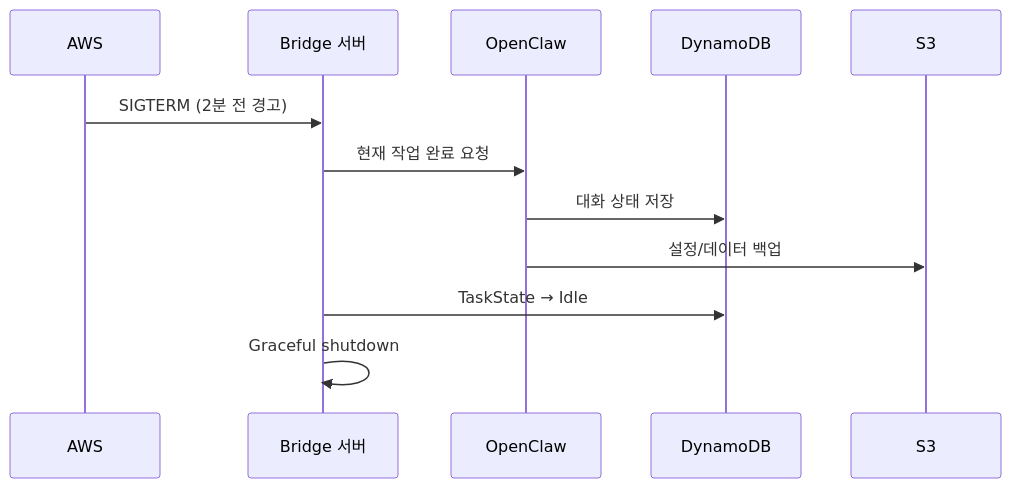
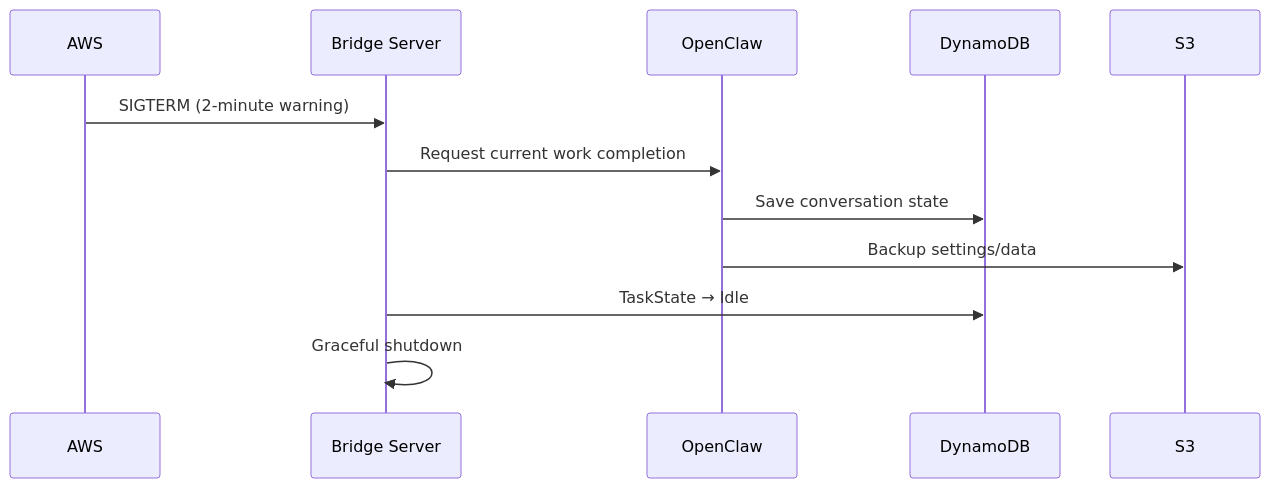
One commit to geoseong/serverless-openclaw changed the eighth of 12 diagrams in docs/architecture.md. Above: the diagram before and after it, drawn with Mermaid. The commit also changed other lines of this file and 8 other files, not shown here.

````diff
--- a/docs/architecture.md
+++ b/docs/architecture.md
@@ -370,15 +370,15 @@
 ```mermaid
 sequenceDiagram
     participant AWS as AWS
-    participant Bridge as Bridge 서버
+    participant Bridge as Bridge Server
     participant OC as OpenClaw
     participant DDB as DynamoDB
     participant S3 as S3
 
-    AWS->>Bridge: SIGTERM (2분 전 경고)
-    Bridge->>OC: 현재 작업 완료 요청
-    OC->>DDB: 대화 상태 저장
-    OC->>S3: 설정/데이터 백업
+    AWS->>Bridge: SIGTERM (2-minute warning)
+    Bridge->>OC: Request current work completion
+    OC->>DDB: Save conversation state
+    OC->>S3: Backup settings/data
     Bridge->>DDB: TaskState → Idle
     Bridge->>Bridge: Graceful shutdown
 ```
````
